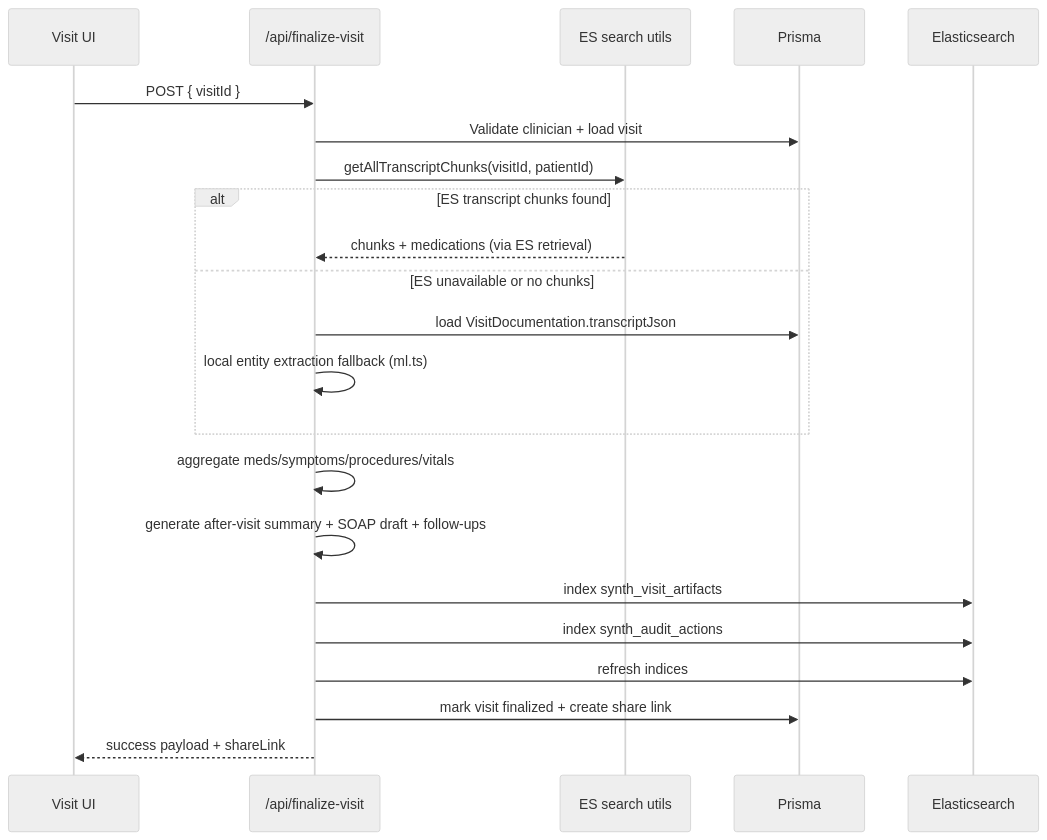
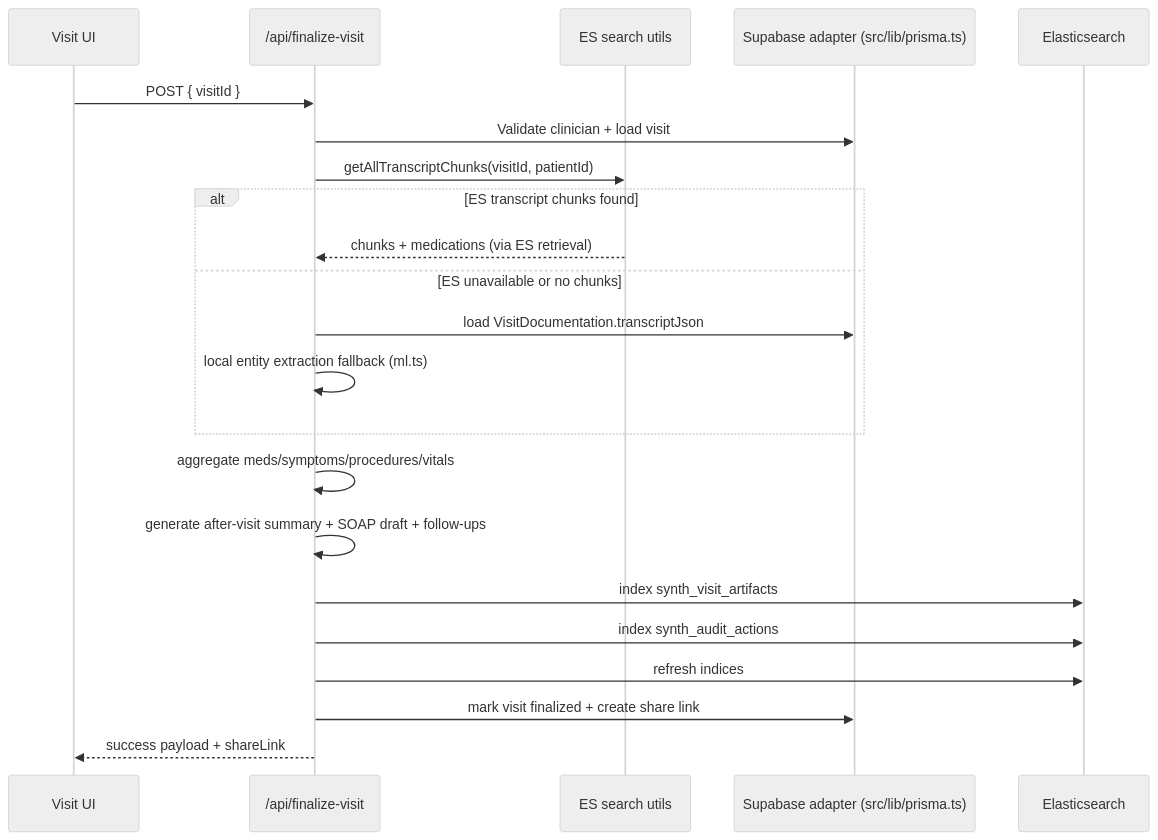
The third of 6 diagrams in ELASTICSEARCH_INTEGRATION_DEEP_DIVE.md (Manoj7ar/Synth), drawn with Mermaid (neutral theme) before and after one commit. The commit also changed other lines of this file and 1 other file, not shown here.

Commit message:
Update docs for Supabase runtime backend migration

````diff
--- a/ELASTICSEARCH_INTEGRATION_DEEP_DIVE.md
+++ b/ELASTICSEARCH_INTEGRATION_DEEP_DIVE.md
@@ -349,29 +349,29 @@
 ```mermaid
 sequenceDiagram
   participant UI as Visit UI
   participant API as /api/finalize-visit
   participant ESQ as ES search utils
-  participant PR as Prisma
+  participant PR as Supabase adapter (src/lib/prisma.ts)
   participant ES as Elasticsearch
 
   UI->>API: POST { visitId }
   API->>PR: Validate clinician + load visit
 
   API->>ESQ: getAllTranscriptChunks(visitId, patientId)
   alt ES transcript chunks found
     ESQ-->>API: chunks + medications (via ES retrieval)
   else ES unavailable or no chunks
     API->>PR: load VisitDocumentation.transcriptJson
     API->>API: local entity extraction fallback (ml.ts)
   end
 
   API->>API: aggregate meds/symptoms/procedures/vitals
   API->>API: generate after-visit summary + SOAP draft + follow-ups
 
   API->>ES: index synth_visit_artifacts
   API->>ES: index synth_audit_actions
   API->>ES: refresh indices
 
   API->>PR: mark visit finalized + create share link
   API-->>UI: success payload + shareLink
 ```
````
